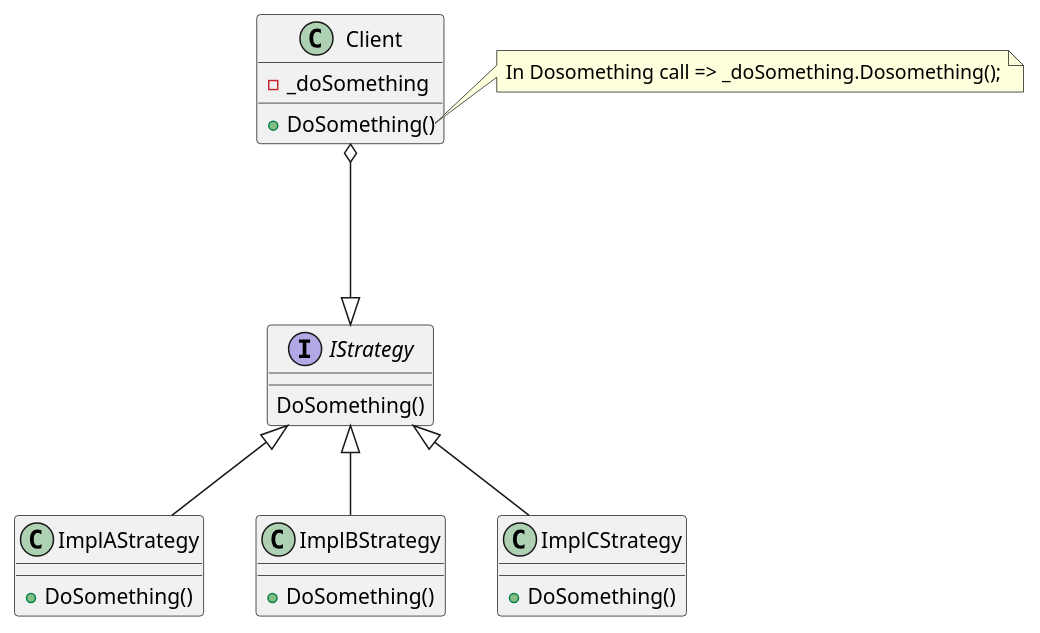
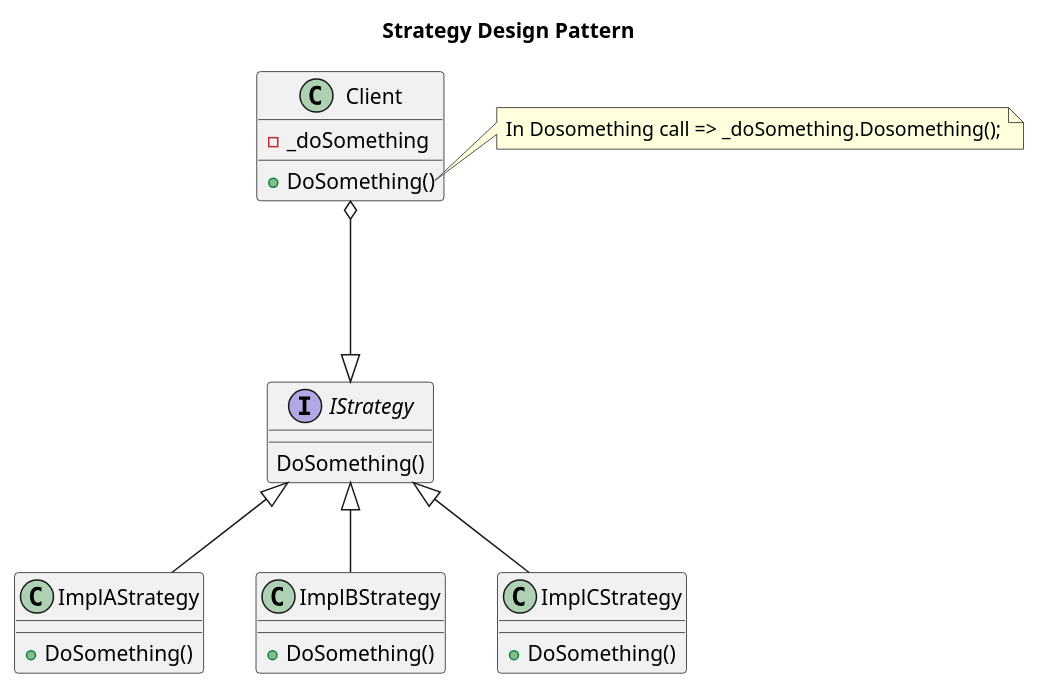
The diagram in Strategy.puml (mjguerrap/design-patterns-uml), drawn with PlantUML before and after one commit. The commit also changed 1 other file, not shown here.

```diff
--- a/Strategy.puml
+++ b/Strategy.puml
@@ -1,30 +1,31 @@
 @startuml
-'https://plantuml.com/class-diagram
+    title Strategy Design Pattern
 
-class ImplAStrategy {
-+DoSomething()
-}
-class ImplBStrategy{
-+DoSomething()
-}
-class ImplCStrategy{
-+DoSomething()
-}
-class Client{
--_doSomething
-+DoSomething()
-}
+    class ImplAStrategy {
+        +DoSomething()
+    }
+    class ImplBStrategy{
+        +DoSomething()
+    }
+    class ImplCStrategy{
+        +DoSomething()
+    }
+    class Client{
+        -_doSomething
+        +DoSomething()
+    }
 
-Client o---^ IStrategy
-IStrategy <|-- ImplAStrategy
-IStrategy <|-- ImplBStrategy
-IStrategy <|-- ImplCStrategy
+    Client o---^ IStrategy
+    IStrategy <|-- ImplAStrategy
+    IStrategy <|-- ImplBStrategy
+    IStrategy <|-- ImplCStrategy
 
-note right of Client::DoSomething
-    In Dosomething call => _doSomething.Dosomething();
-end note
-interface IStrategy {
-DoSomething()
-}
+    note right of Client::DoSomething
+        In Dosomething call => _doSomething.Dosomething();
+    end note
+
+    interface IStrategy {
+        DoSomething()
+    }
 
 @enduml
```
